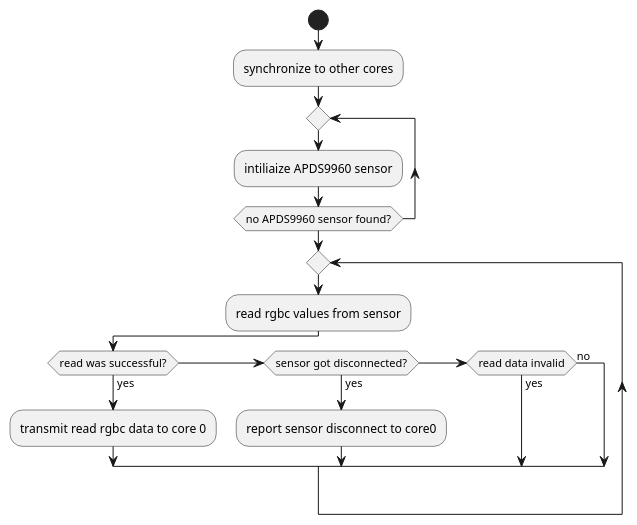
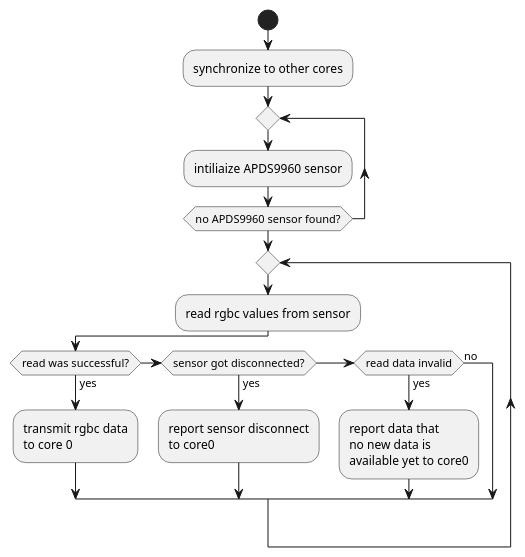
One commit to SiedlerLorenz/ESW-MCS-Project-Redundant-RGB-Color-MeasurementAssignment changed the diagram in .doc/core2_flowchart.puml. Above: the diagram before and after it, drawn with PlantUML. The commit also changed 117 other files, not shown here.

```diff
--- a/.doc/core2_flowchart.puml
+++ b/.doc/core2_flowchart.puml
@@ -3,23 +3,27 @@
 @startuml
 
 start
 :synchronize to other cores;
 
 repeat
 :intiliaize APDS9960 sensor;
 repeat while (no APDS9960 sensor found?)
 
 repeat
     :read rgbc values from sensor;
 
     if (read was successful?) then (yes) 
-        :transmit read rgbc data to core 0;
+        :transmit rgbc data
+        to core 0;
     elseif (sensor got disconnected?) then (yes)
-        :report sensor disconnect to core0;
+        :report sensor disconnect
+        to core0;
     elseif (read data invalid) then (yes)
-    
+        :report data that 
+        no new data is 
+        available yet to core0;
     else (no)
 
     endif
 
 @enduml
```
